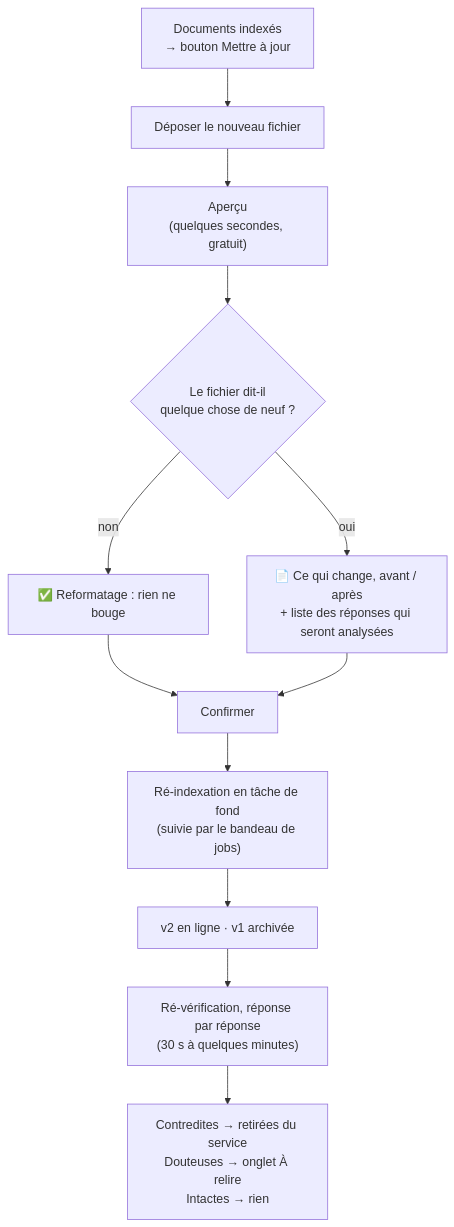
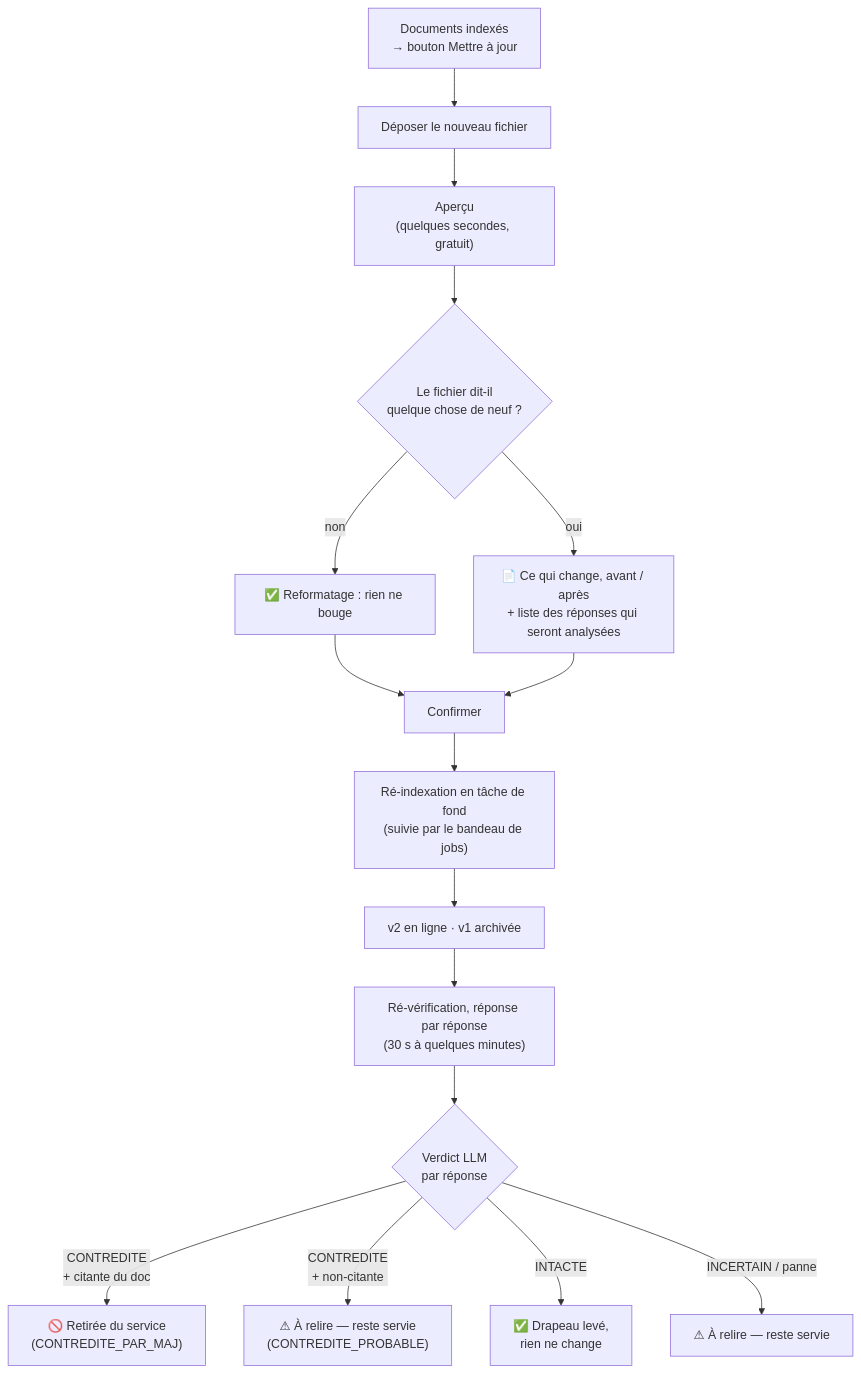
The first of 4 diagrams in Docs/mise-a-jour-documents.md (ThomasHWD/TicketAI), drawn with Mermaid before and after one commit. The commit also changed other lines of this file and 1 other file, not shown here.

First line of the commit message:
docs: schémas Mermaid + correction test désynchronisé

````diff
--- a/Docs/mise-a-jour-documents.md
+++ b/Docs/mise-a-jour-documents.md
@@ -20,14 +20,18 @@
 ```mermaid
 flowchart TD
     A["Documents indexés<br/>→ bouton Mettre à jour"] --> B["Déposer le nouveau fichier"]
     B --> C["Aperçu<br/>(quelques secondes, gratuit)"]
     C --> D{"Le fichier dit-il<br/>quelque chose de neuf ?"}
     D -- non --> E["✅ Reformatage : rien ne bouge"]
     D -- oui --> F["📄 Ce qui change, avant / après<br/>+ liste des réponses qui seront analysées"]
     E --> G["Confirmer"]
     F --> G
     G --> H["Ré-indexation en tâche de fond<br/>(suivie par le bandeau de jobs)"]
     H --> I["v2 en ligne · v1 archivée"]
     I --> J["Ré-vérification, réponse par réponse<br/>(30 s à quelques minutes)"]
-    J --> K["Contredites → retirées du service<br/>Douteuses → onglet À relire<br/>Intactes → rien"]
+    J --> K{"Verdict LLM<br/>par réponse"}
+    K -- "CONTREDITE<br/>+ citante du doc" --> L["🚫 Retirée du service<br/>(CONTREDITE_PAR_MAJ)"]
+    K -- "CONTREDITE<br/>+ non-citante" --> M["⚠ À relire — reste servie<br/>(CONTREDITE_PROBABLE)"]
+    K -- INTACTE --> N["✅ Drapeau levé,<br/>rien ne change"]
+    K -- "INCERTAIN / panne" --> O["⚠ À relire — reste servie"]
 ```
````
